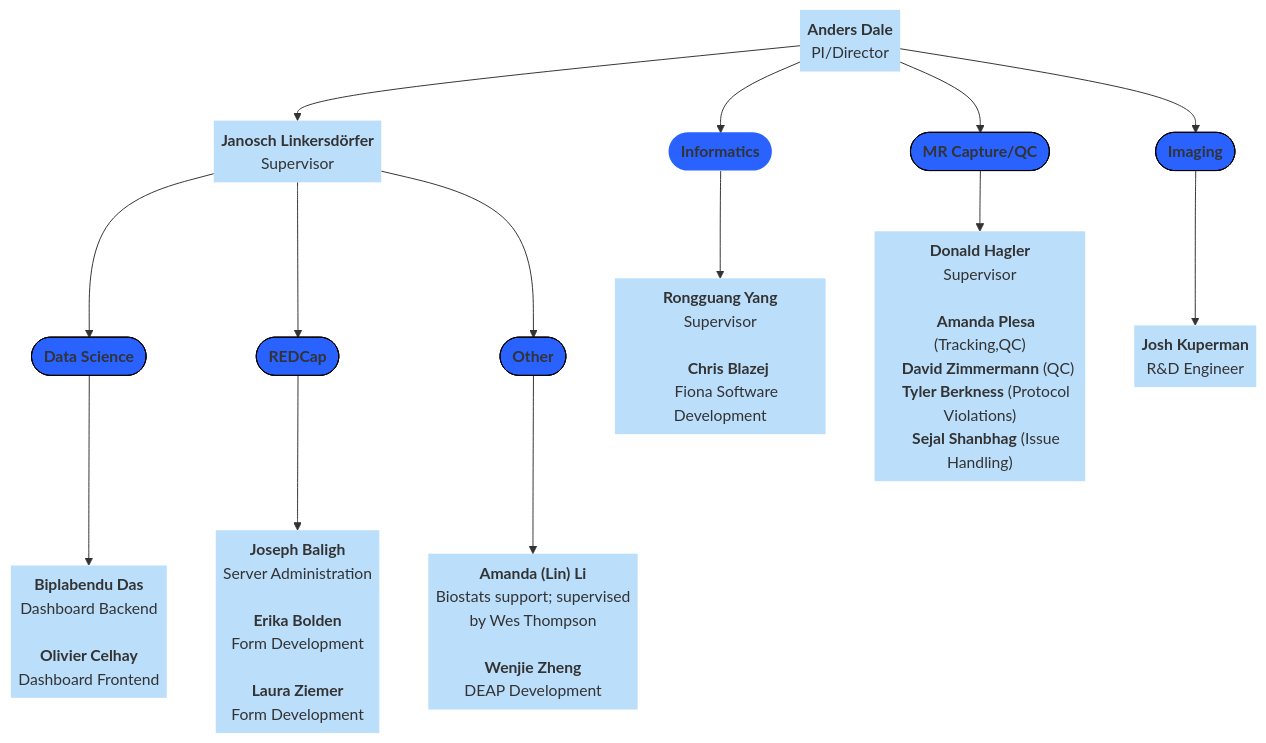
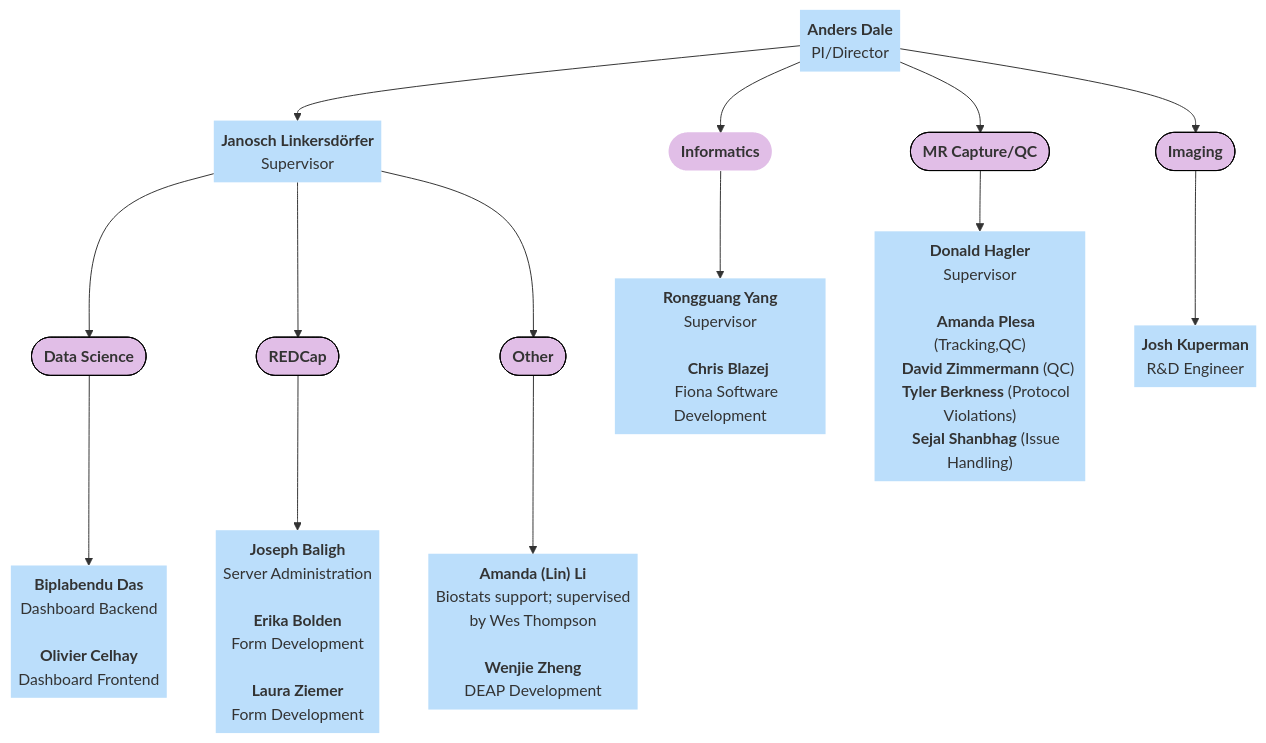
Before and after one commit to DCAN-Labs/hbcd-docs-internal: the seventh of 7 diagrams in docs/orgcharts.md, drawn with Mermaid. The commit also changed other lines of this file, not shown here.

````diff
--- a/docs/orgcharts.md
+++ b/docs/orgcharts.md
@@ -442,52 +395,52 @@
 ```mermaid
 ---
 config:
   layout: dagre
 ---
 flowchart TB
     A["<b>Anders Dale</b><br>PI/Director"] --> n1(["<b>Informatics</b>"]) & n2(["<b>MR Capture/QC</b>"]) & n3(["<b>Imaging</b>"]) & n4["<b>Janosch Linkersdörfer</b><br>Supervisor"]
     n4 --> n5(["<b>Data Science</b>"]) & n6(["<b>REDCap</b>"]) & n7(["<b>Other</b>"])
     n1 --> n8["<b>Rongguang Yang</b><br>Supervisor<br>
     <b>Chris Blazej</b>
     Fiona Software Development"]
     n2 --> n9["<b>Donald Hagler</b><br>Supervisor<br>
     <b>Amanda Plesa</b> (Tracking,QC)
     <b>David Zimmermann</b> (QC)
     <b>Tyler Berkness</b> (Protocol Violations)
     <b>Sejal Shanbhag</b> (Issue Handling)"]
     n3 --> n10["<b>Josh Kuperman</b><br>R&amp;D Engineer"]
     n5 --> n11["<b>Biplabendu Das</b><br>Dashboard Backend<br>
     <b>Olivier Celhay</b>
     Dashboard Frontend"]
     n6 --> n12["<b>Joseph Baligh</b><br>Server Administration<br>
     <b>Erika Bolden</b>
     Form Development<br>
     <b>Laura Ziemer</b>
     Form Development"]
     n7 --> n13["<b>Amanda (Lin) Li</b><br>Biostats support; supervised
 by Wes Thompson<br>
     <b>Wenjie Zheng</b>
     DEAP Development"]
     A@{ shape: text}
     n4@{ shape: text}
     n8@{ shape: text}
     n9@{ shape: text}
     n10@{ shape: text}
     n11@{ shape: text}
     n12@{ shape: text}
     n13@{ shape: text}
     style A fill:#BBDEFB
-    style n1 fill:#2962FF,stroke:none
-    style n2 stroke:#000000,fill:#2962FF
-    style n3 stroke:#000000,fill:#2962FF
+    style n1 fill:#E1BEE7,stroke:none
+    style n2 stroke:#000000,fill:#E1BEE7
+    style n3 stroke:#000000,fill:#E1BEE7
     style n4 fill:#BBDEFB
-    style n5 stroke:#000000,fill:#2962FF
-    style n6 stroke:#000000,fill:#2962FF
-    style n7 stroke:#000000,fill:#2962FF
+    style n5 stroke:#000000,fill:#E1BEE7
+    style n6 stroke:#000000,fill:#E1BEE7
+    style n7 stroke:#000000,fill:#E1BEE7
     style n8 fill:#BBDEFB
     style n9 fill:#BBDEFB
     style n10 fill:#BBDEFB
     style n11 fill:#BBDEFB
     style n12 fill:#BBDEFB
     style n13 fill:#BBDEFB
 ```
````
